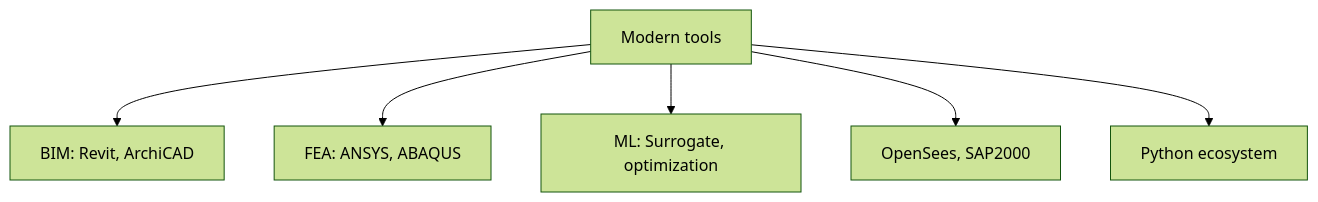
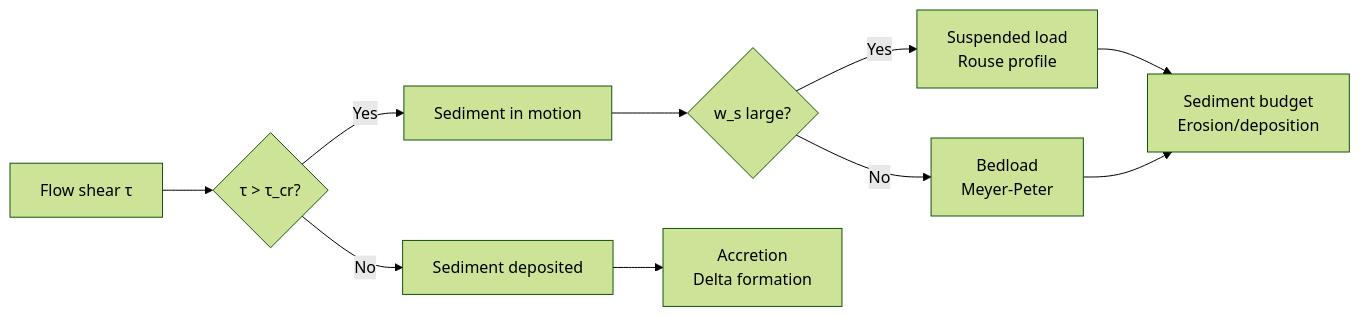
Before and after one commit to yip-lgtm/civil-bootcamp: the tenth of 10 diagrams in MIT_CEE_Core/Track_1_Environment/Fluids_Transport_Engineering/01_1.061_Transport_Processes.md, drawn with Mermaid (forest theme). The commit also changed other lines of this file and 18 other files, not shown here.

````diff
--- a/MIT_CEE_Core/Track_1_Environment/Fluids_Transport_Engineering/01_1.061_Transport_Processes.md
+++ b/MIT_CEE_Core/Track_1_Environment/Fluids_Transport_Engineering/01_1.061_Transport_Processes.md
@@ -294,8 +493,12 @@
 ```mermaid
-graph TD
-    A[Modern tools] --> B[BIM: Revit, ArchiCAD]
-    A --> C[FEA: ANSYS, ABAQUS]
-    A --> D[ML: Surrogate, optimization]
-    A --> E[OpenSees, SAP2000]
-    A --> F[Python ecosystem]
+flowchart LR
+    A[Flow shear τ] --> B{τ > τ_cr?}
+    B -->|Yes| C[Sediment in motion]
+    B -->|No| D[Sediment deposited]
+    C --> E{w_s large?}
+    E -->|Yes| F[Suspended load<br/>Rouse profile]
+    E -->|No| G[Bedload<br/>Meyer-Peter]
+    F --> H[Sediment budget<br/>Erosion/deposition]
+    G --> H
+    D --> I[Accretion<br/>Delta formation]
 ```
````
